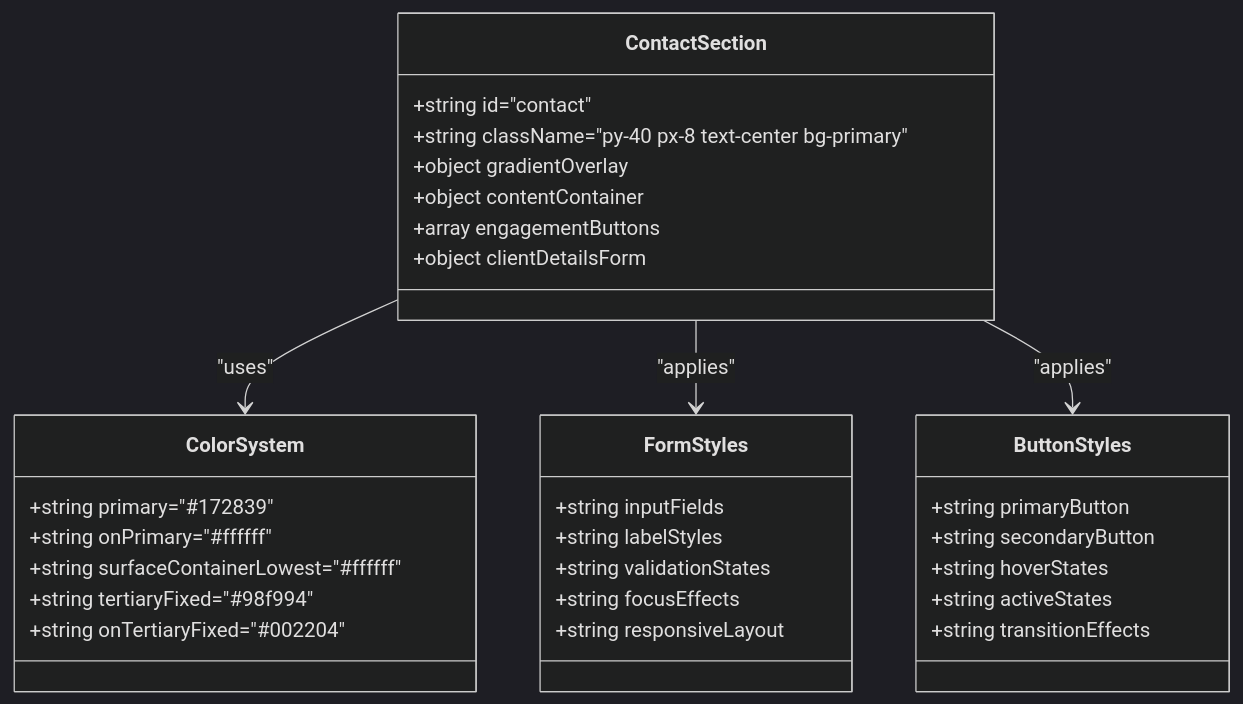
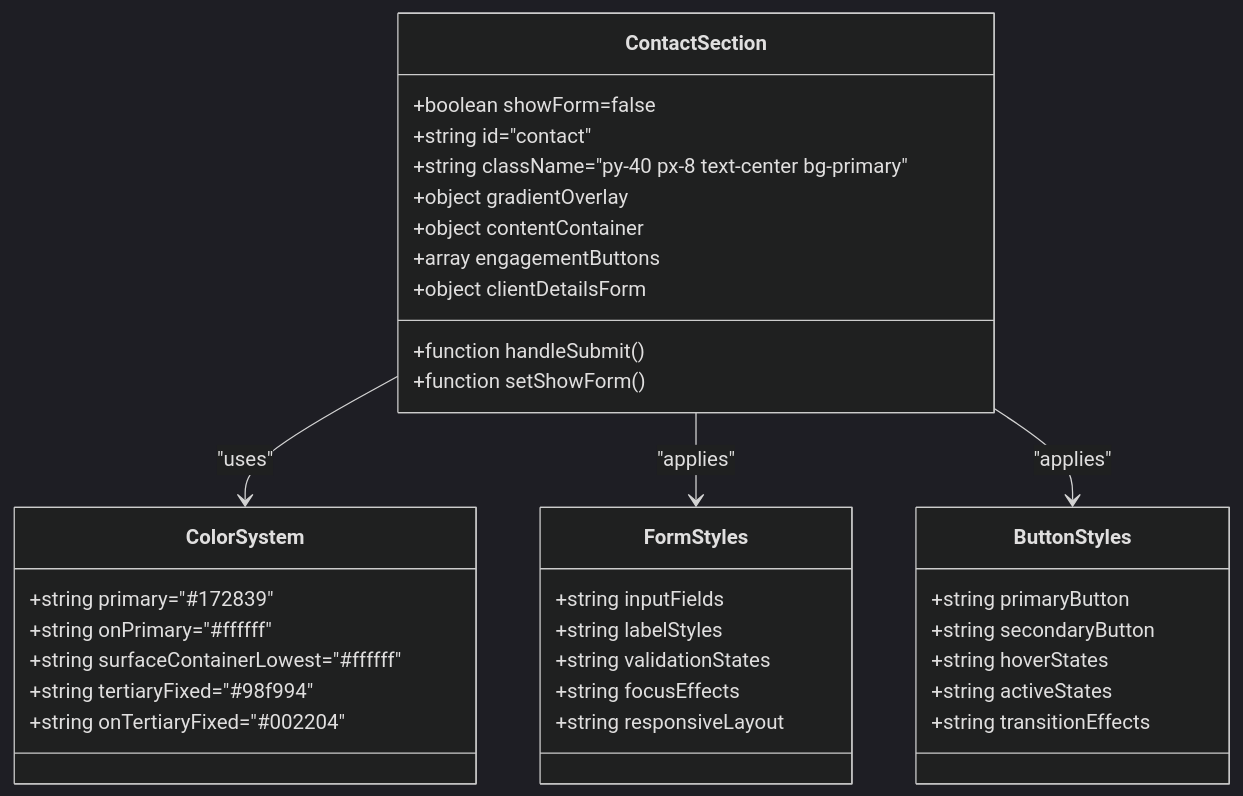
Before and after one commit to subash7781/Portfolio: the third of 5 diagrams in .qoder/repowiki/en/content/Component Library & UI Elements/ContactSection Component.md, drawn with Mermaid (dark theme). The commit also changed other lines of this file and 3 other files, not shown here.

````diff
--- a/.qoder/repowiki/en/content/Component Library & UI Elements/ContactSection Component.md
+++ b/.qoder/repowiki/en/content/Component Library & UI Elements/ContactSection Component.md
@@ -174,35 +175,38 @@
 ```mermaid
 classDiagram
 class ContactSection {
++boolean showForm=false
 +string id="contact"
 +string className="py-40 px-8 text-center bg-primary"
 +object gradientOverlay
 +object contentContainer
 +array engagementButtons
 +object clientDetailsForm
++function handleSubmit()
++function setShowForm()
 }
 class ColorSystem {
 +string primary="#172839"
 +string onPrimary="#ffffff"
 +string surfaceContainerLowest="#ffffff"
 +string tertiaryFixed="#98f994"
 +string onTertiaryFixed="#002204"
 }
 class FormStyles {
 +string inputFields
 +string labelStyles
 +string validationStates
 +string focusEffects
 +string responsiveLayout
 }
 class ButtonStyles {
 +string primaryButton
 +string secondaryButton
 +string hoverStates
 +string activeStates
 +string transitionEffects
 }
 ContactSection --> ColorSystem : "uses"
 ContactSection --> FormStyles : "applies"
 ContactSection --> ButtonStyles : "applies"
 ```
````
